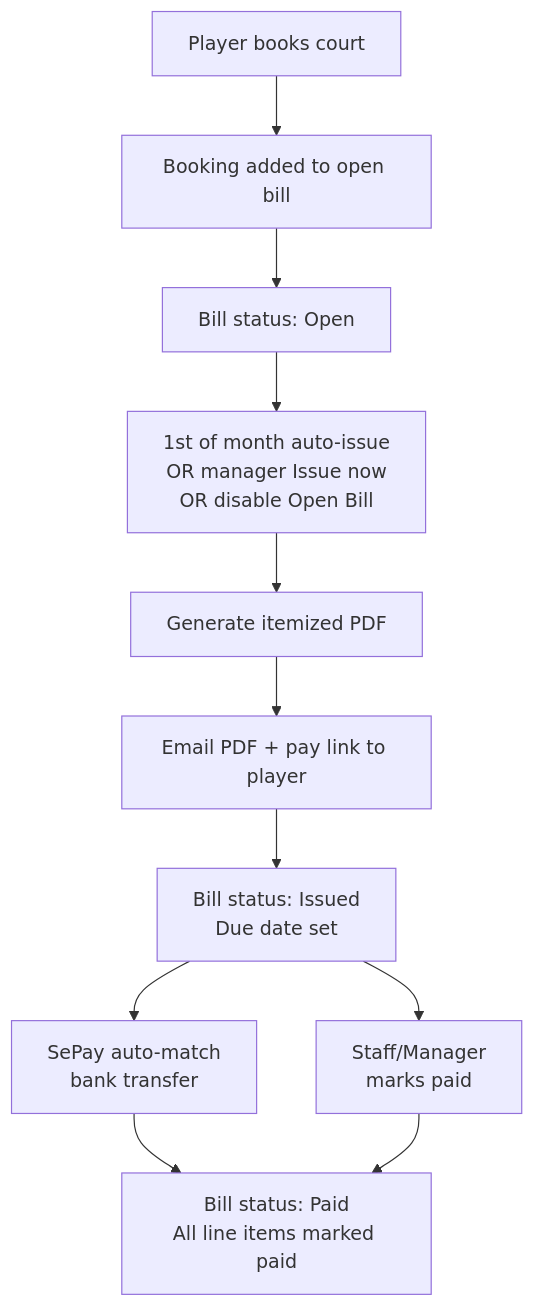
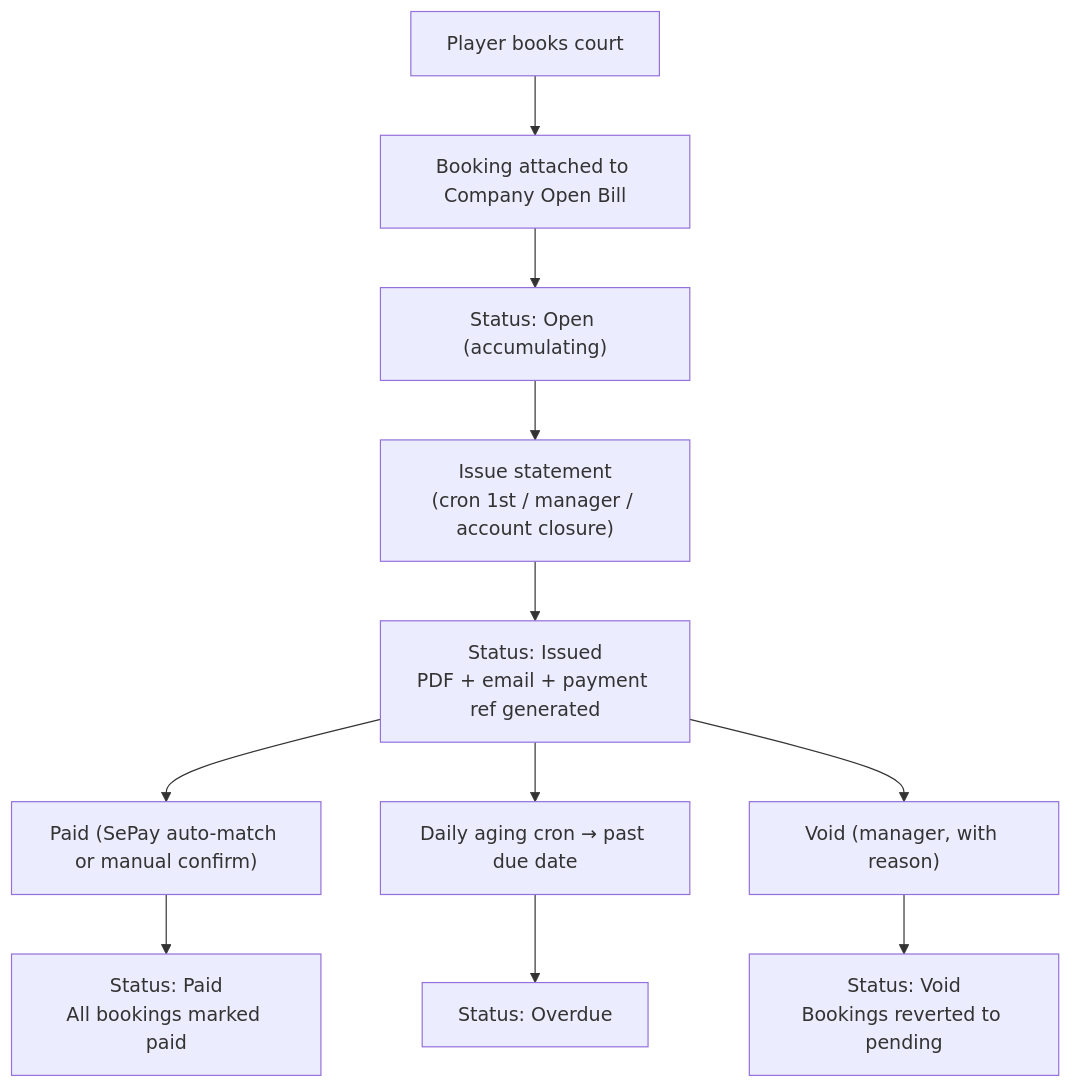
Before and after one commit to gpanot/CourtFlow: the diagram in docs/open-bill-client-accounts.md, drawn with Mermaid. The commit also changed other lines of this file and 51 other files, not shown here.

First line of the commit message:
feat: implement open bill account workflow and build fixes

````diff
--- a/docs/open-bill-client-accounts.md
+++ b/docs/open-bill-client-accounts.md
@@ -106,13 +83,13 @@
 ```mermaid
 flowchart TD
-    book["Player books court"] --> attach["Booking added to open bill"]
-    attach --> openBill["Bill status: Open"]
-    openBill --> issue["1st of month auto-issue\nOR manager Issue now\nOR disable Open Bill"]
-    issue --> pdf["Generate itemized PDF"]
-    pdf --> email["Email PDF + pay link to player"]
-    email --> issued["Bill status: Issued\nDue date set"]
-    issued --> sepay["SePay auto-match\nbank transfer"]
-    issued --> manual["Staff/Manager\nmarks paid"]
-    sepay --> paid["Bill status: Paid\nAll line items marked paid"]
-    manual --> paid
+    bookingCreated["Player books court"] --> attachBill["Booking attached to Company Open Bill"]
+    attachBill --> openState["Status: Open (accumulating)"]
+    openState --> issueStep["Issue statement\n(cron 1st / manager / account closure)"]
+    issueStep --> issuedState["Status: Issued\nPDF + email + payment ref generated"]
+    issuedState --> paidStep["Paid (SePay auto-match or manual confirm)"]
+    issuedState --> overdueStep["Daily aging cron → past due date"]
+    issuedState --> voidStep["Void (manager, with reason)"]
+    paidStep --> paidState["Status: Paid\nAll bookings marked paid"]
+    overdueStep --> overdueState["Status: Overdue"]
+    voidStep --> voidState["Status: Void\nBookings reverted to pending"]
 ```
````
